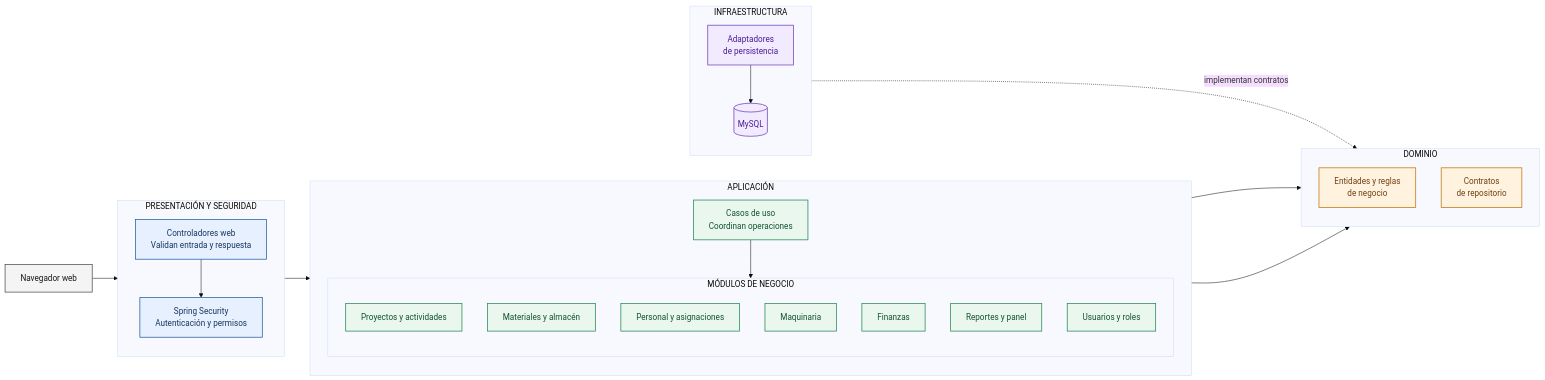
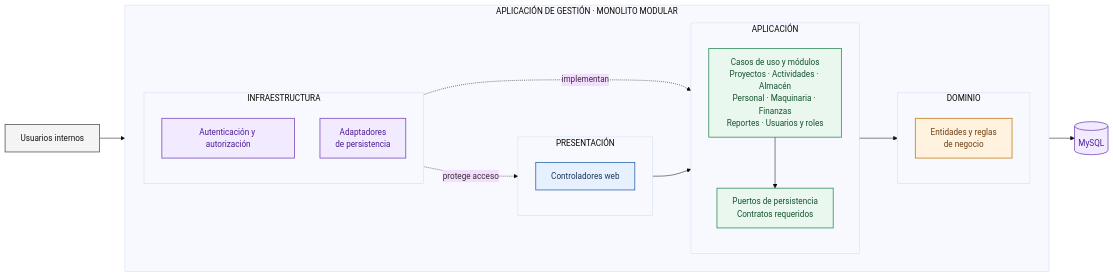
Before and after one commit to dostinarroyo/Constructora-arquitSoft-02-Dostin_Arroyo: the diagram in img/fuentes/nivel3-componentes.mmd, drawn with Mermaid (base theme). The commit also changed 8 other files, not shown here.

```diff
--- a/img/fuentes/nivel3-componentes.mmd
+++ b/img/fuentes/nivel3-componentes.mmd
@@ -1,56 +1,49 @@
 flowchart LR
-    browser["Navegador web"]
+    user["Usuarios internos"]
 
-    subgraph entrada["PRESENTACIÓN Y SEGURIDAD"]
-        direction TB
-        controller["Controladores web<br/>Validan entrada y respuesta"]
-        security["Spring Security<br/>Autenticación y permisos"]
-        controller --> security
+    subgraph system["APLICACIÓN DE GESTIÓN · MONOLITO MODULAR"]
+        direction LR
+        subgraph presentation["PRESENTACIÓN"]
+            direction TB
+            controller["Controladores web"]
+        end
+
+        subgraph application["APLICACIÓN"]
+            direction TB
+            usecases["Casos de uso y módulos<br/>Proyectos · Actividades · Almacén<br/>Personal · Maquinaria · Finanzas<br/>Reportes · Usuarios y roles"]
+            ports["Puertos de persistencia<br/>Contratos requeridos"]
+        end
+
+        subgraph domain["DOMINIO"]
+            direction TB
+            entities["Entidades y reglas<br/>de negocio"]
+        end
+
+        subgraph infrastructure["INFRAESTRUCTURA"]
+            direction TB
+            security["Autenticación y autorización"]
+            adapters["Adaptadores<br/>de persistencia"]
+        end
     end
 
-    subgraph application["APLICACIÓN"]
-        direction TB
-        subgraph modules["MÓDULOS DE NEGOCIO"]
-            direction TB
-            projects["Proyectos y actividades"]
-            warehouse["Materiales y almacén"]
-            people["Personal y asignaciones"]
-            equipment["Maquinaria"]
-            finance["Finanzas"]
-            reports["Reportes y panel"]
-            users["Usuarios y roles"]
-        end
-        usecases["Casos de uso<br/>Coordinan operaciones"]
-    end
+    db[("MySQL")]
 
-    subgraph domain["DOMINIO"]
-        direction TB
-        entities["Entidades y reglas<br/>de negocio"]
-        ports["Contratos<br/>de repositorio"]
-    end
+    user --> controller
+    controller --> usecases
+    usecases --> entities
+    usecases --> ports
+    adapters -. "implementan" .-> ports
+    adapters --> db
+    security -. "protege acceso" .-> controller
 
-    subgraph infrastructure["INFRAESTRUCTURA"]
-        direction TB
-        adapters["Adaptadores<br/>de persistencia"]
-        db[("MySQL")]
-        adapters --> db
-    end
-
-    browser --> controller
-    security --> usecases
-    usecases --> modules
-    modules --> entities
-    modules --> ports
-    adapters -. "implementan contratos" .-> ports
-
-    classDef user fill:#f4f4f5,stroke:#52525b,color:#18181b,stroke-width:1.5px
+    classDef userStyle fill:#f4f4f5,stroke:#52525b,color:#18181b,stroke-width:1.5px
     classDef presentationStyle fill:#e7f0ff,stroke:#2563a6,color:#17365d,stroke-width:1.5px
     classDef applicationStyle fill:#e9f7ef,stroke:#2d8a57,color:#14532d,stroke-width:1.5px
     classDef domainStyle fill:#fff3df,stroke:#c27a12,color:#713f12,stroke-width:1.5px
     classDef infrastructureStyle fill:#f2eaff,stroke:#7646b8,color:#4c1d95,stroke-width:1.5px
 
-    class browser user
-    class controller,security presentationStyle
-    class projects,warehouse,people,equipment,finance,reports,users,usecases applicationStyle
-    class entities,ports domainStyle
-    class adapters,db infrastructureStyle
+    class user userStyle
+    class controller presentationStyle
+    class usecases,ports applicationStyle
+    class entities domainStyle
+    class security,adapters,db infrastructureStyle
```
